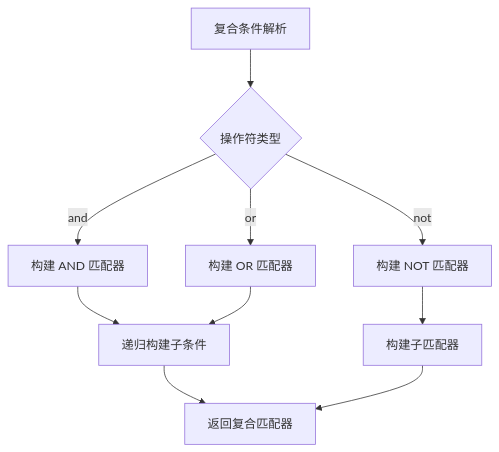
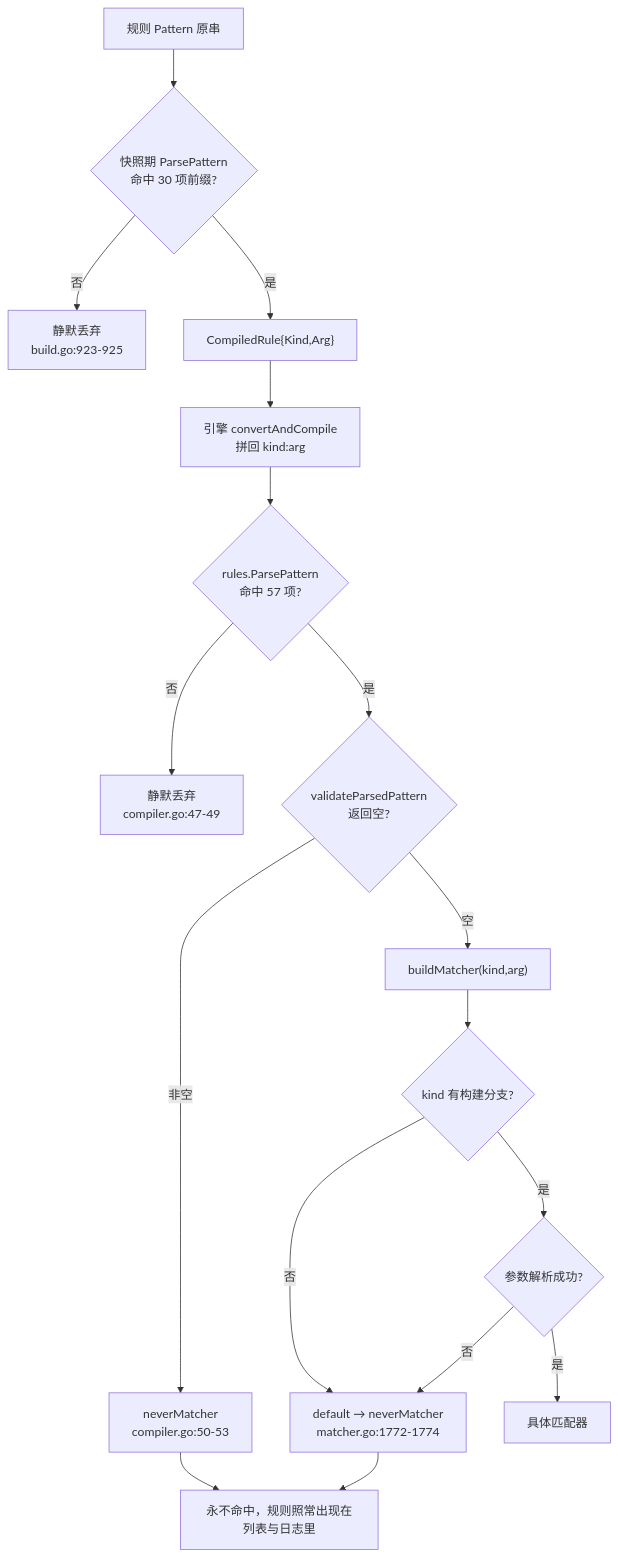
One commit to x01n/My-OpenWaf changed the fourth of 5 diagrams in docs/扩展与插件系统/规则引擎扩展/规则编译器扩展.md. Above: the diagram before and after it, drawn with Mermaid. The commit also changed other lines of this file and 622 other files, not shown here.

````diff
--- a/docs/扩展与插件系统/规则引擎扩展/规则编译器扩展.md
+++ b/docs/扩展与插件系统/规则引擎扩展/规则编译器扩展.md
@@ -512,12 +312,19 @@
 ```mermaid
 flowchart TD
-A["复合条件解析"] --> B{"操作符类型"}
-B --> |"and"| C["构建 AND 匹配器"]
-B --> |"or"| D["构建 OR 匹配器"]
-B --> |"not"| E["构建 NOT 匹配器"]
-C --> F["递归构建子条件"]
-D --> F
-E --> G["构建子匹配器"]
-F --> H["返回复合匹配器"]
-G --> H
+  A["规则 Pattern 原串"] --> B{"快照期 ParsePattern<br/>命中 30 项前缀?"}
+  B --> |否| X1["静默丢弃<br/>build.go:923-925"]
+  B --> |是| C["CompiledRule{Kind,Arg}"]
+  C --> D["引擎 convertAndCompile<br/>拼回 kind:arg"]
+  D --> E{"rules.ParsePattern<br/>命中 57 项?"}
+  E --> |否| X2["静默丢弃<br/>compiler.go:47-49"]
+  E --> |是| F{"validateParsedPattern<br/>返回空?"}
+  F --> |非空| G["neverMatcher<br/>compiler.go:50-53"]
+  F --> |空| H["buildMatcher(kind,arg)"]
+  H --> I{"kind 有构建分支?"}
+  I --> |否| J["default → neverMatcher<br/>matcher.go:1772-1774"]
+  I --> |是| K{"参数解析成功?"}
+  K --> |否| J
+  K --> |是| L["具体匹配器"]
+  G --> M["永不命中，规则照常出现在列表与日志里"]
+  J --> M
 ```
````
